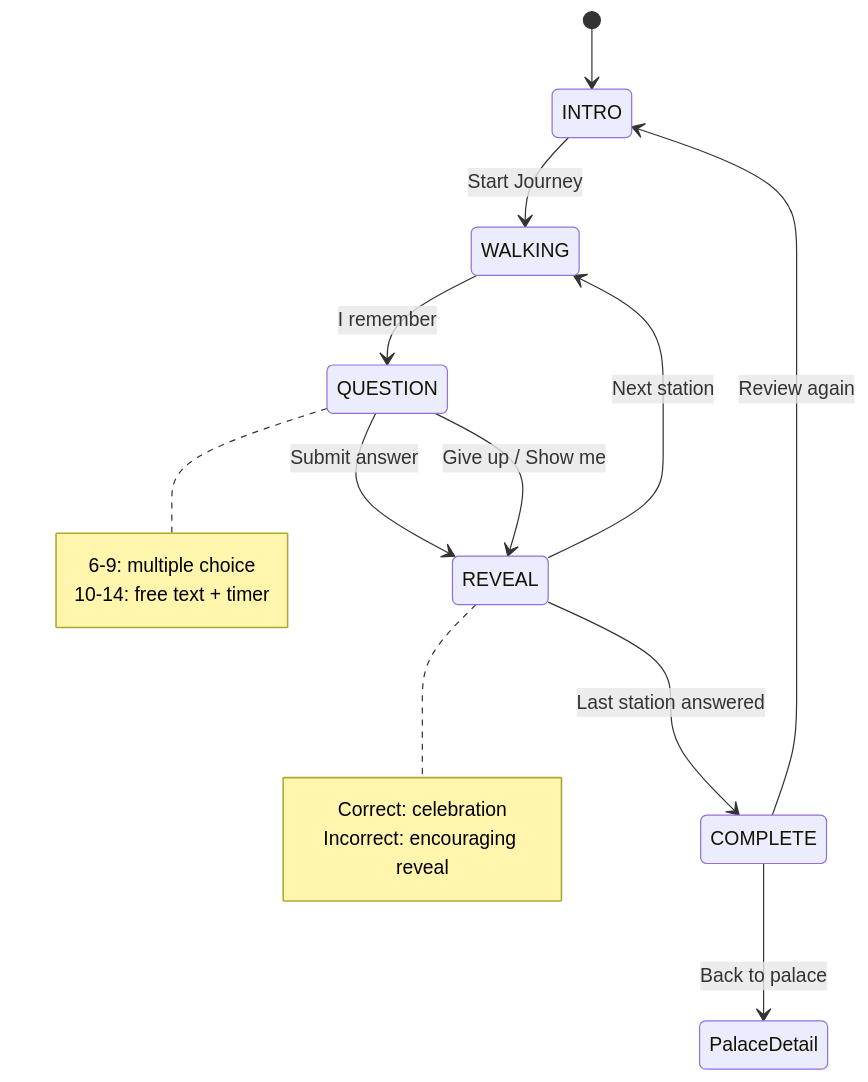
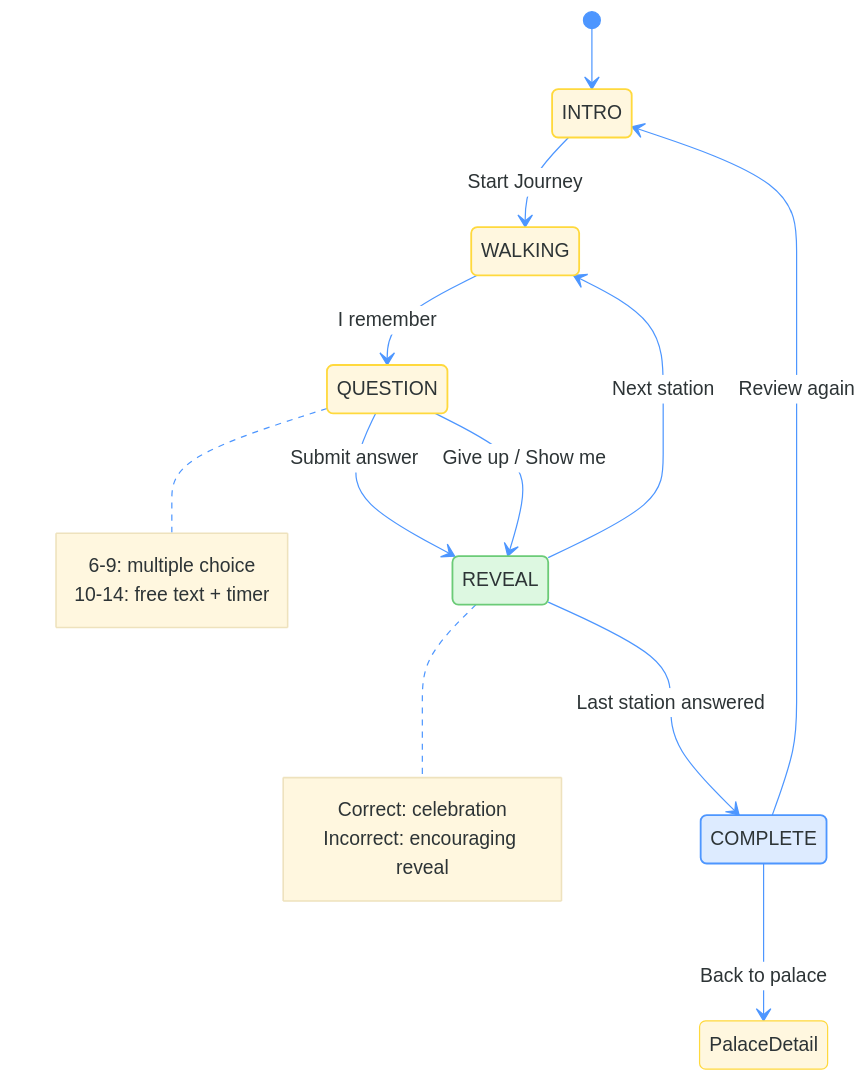
The seventh of 9 diagrams in README.md (angelperezcastro/LociLandApp), drawn with Mermaid before and after one commit. The commit also changed other lines of this file, not shown here.

Commit message:
Updated diagrams (README)

````diff
--- a/README.md
+++ b/README.md
@@ -693,22 +737,31 @@
 ```mermaid
+%%{init: {"theme":"base","themeVariables":{"background":"#FFFFFF","mainBkg":"#FFFFFF","primaryColor":"#FFF7DF","primaryTextColor":"#2D3436","primaryBorderColor":"#FFD93D","lineColor":"#4D96FF","secondaryColor":"#DDEBFF","tertiaryColor":"#DDF8E1","fontFamily":"Nunito, Arial, sans-serif","clusterBkg":"#FFFFFF","clusterBorder":"#E9DFC7","edgeLabelBackground":"#FFFFFF","actorBkg":"#FFF7DF","actorBorder":"#FFD93D","actorTextColor":"#2D3436","activationBkg":"#DDEBFF","activationBorderColor":"#4D96FF","sequenceNumberColor":"#2D3436","noteBkgColor":"#FFF7DF","noteTextColor":"#2D3436","stateBkg":"#FFF7DF","stateBorder":"#FFD93D","stateLabelColor":"#2D3436","labelBoxBkgColor":"#FFFFFF","labelBoxBorderColor":"#E9DFC7","entityBkg":"#FFF7DF","entityBorder":"#FFD93D","relationLabelBackground":"#FFFFFF"}}}%%
 stateDiagram-v2
     [*] --> INTRO
     INTRO --> WALKING: Start Journey
     WALKING --> QUESTION: I remember
     QUESTION --> REVEAL: Submit answer
     QUESTION --> REVEAL: Give up / Show me
     REVEAL --> WALKING: Next station
     REVEAL --> COMPLETE: Last station answered
     COMPLETE --> INTRO: Review again
     COMPLETE --> PalaceDetail: Back to palace
 
     note right of QUESTION
       6-9: multiple choice
       10-14: free text + timer
     end note
 
     note right of REVEAL
       Correct: celebration
       Incorrect: encouraging reveal
     end note
+
+    classDef reviewState fill:#FFF7DF,stroke:#FFD93D,stroke-width:1.5px,color:#2D3436
+    classDef feedbackState fill:#DDF8E1,stroke:#6BCB77,stroke-width:1.5px,color:#2D3436
+    classDef completeState fill:#DDEBFF,stroke:#4D96FF,stroke-width:1.5px,color:#2D3436
+
+    class INTRO,WALKING,QUESTION reviewState
+    class REVEAL feedbackState
+    class COMPLETE completeState
 ```
````
